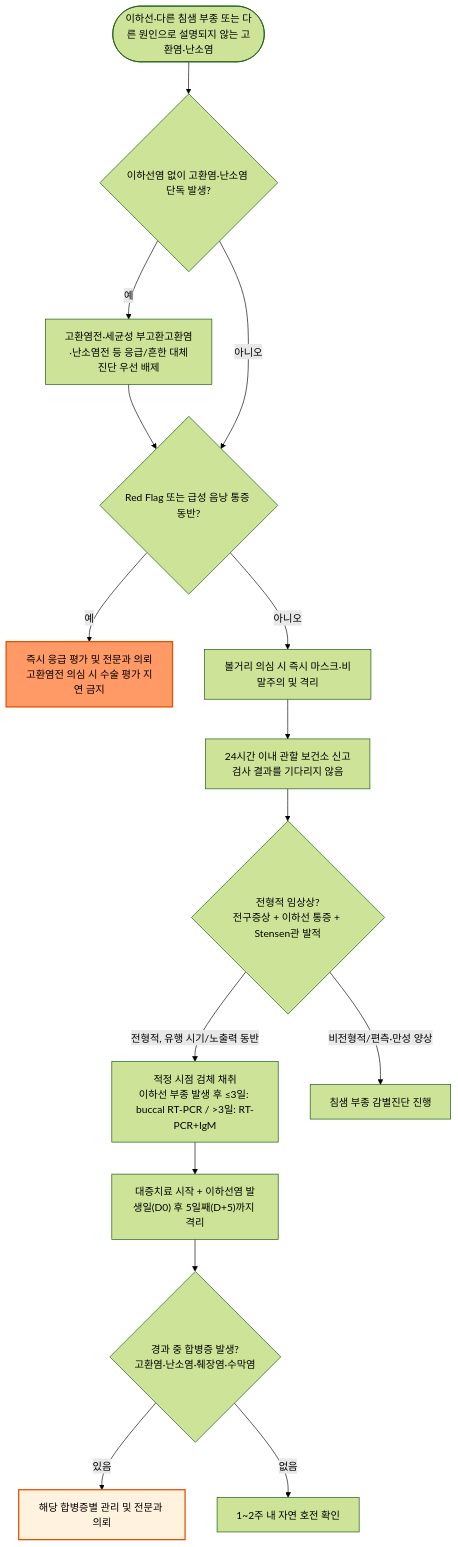
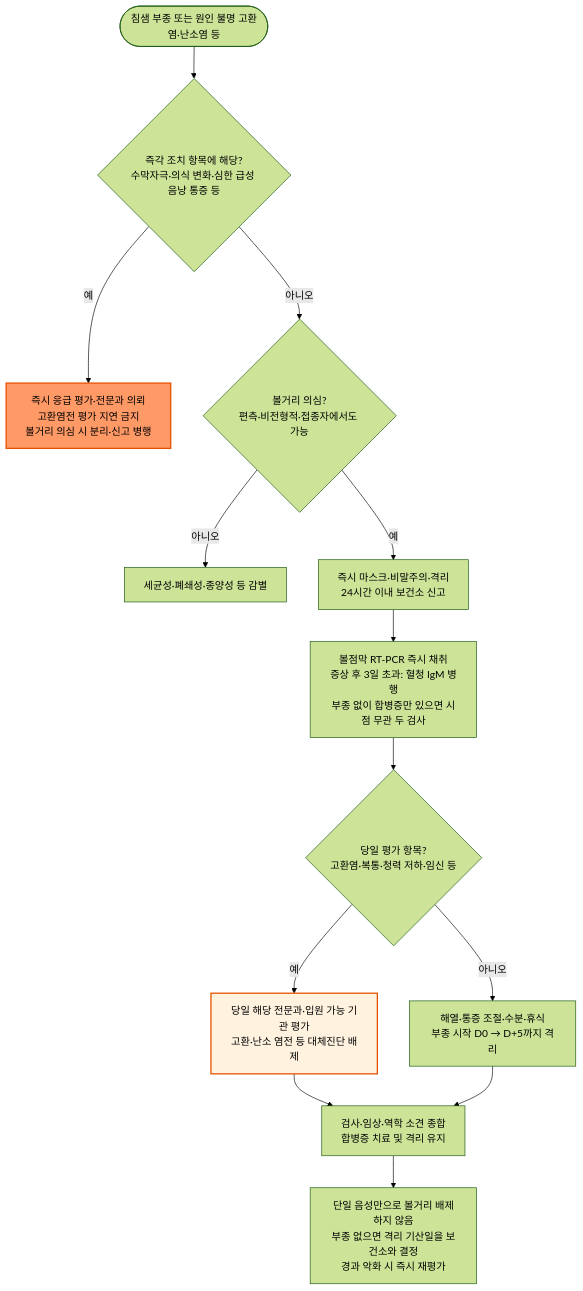
One commit to familyoh77/familyoh77 changed the diagram in 230_/197_-mumps.md. Above: the diagram before and after it, drawn with Mermaid (forest theme). The commit also changed other lines of this file and 9 other files, not shown here.

````diff
--- a/230_/197_-mumps.md
+++ b/230_/197_-mumps.md
@@ -127,19 +133,17 @@
 ```mermaid
 graph TD
-    A(["이하선·다른 침샘 부종 또는 다른 원인으로 설명되지 않는 고환염·난소염"]) --> M{"이하선염 없이 고환염·난소염 단독 발생?"}
-    M -- 예 --> N["고환염전·세균성 부고환고환염·난소염전 등 응급/흔한 대체진단 우선 배제"]
-    N --> B{"Red Flag 또는 급성 음낭 통증 동반?"}
-    M -- 아니오 --> B
-    B -- 예 --> F["즉시 응급 평가 및 전문과 의뢰<br/>고환염전 의심 시 수술 평가 지연 금지"]
-    B -- 아니오 --> C["볼거리 의심 시 즉시 마스크·비말주의 및 격리"]
-    C --> D["24시간 이내 관할 보건소 신고<br/>검사 결과를 기다리지 않음"]
-    D --> E{"전형적 임상상?<br/>전구증상 + 이하선 통증 + Stensen관 발적"}
-    E -- 전형적, 유행 시기/노출력 동반 --> G["적정 시점 검체 채취<br/>이하선 부종 발생 후 ≤3일: buccal RT-PCR / >3일: RT-PCR+IgM"]
-    E -- 비전형적/편측·만성 양상 --> H["침샘 부종 감별진단 진행"]
-    G --> I["대증치료 시작 + 이하선염 발생일(D0) 후 5일째(D+5)까지 격리"]
-    I --> J{"경과 중 합병증 발생?<br/>고환염·난소염·췌장염·수막염"}
-    J -- 있음 --> K["해당 합병증별 관리 및 전문과 의뢰"]
-    J -- 없음 --> L["1~2주 내 자연 호전 확인"]
+    A(["침샘 부종 또는 원인 불명 고환염·난소염 등"]) --> B{"즉각 조치 항목에 해당?<br/>수막자극·의식 변화·심한 급성 음낭 통증 등"}
+    B -- 예 --> F["즉시 응급 평가·전문과 의뢰<br/>고환염전 평가 지연 금지<br/>볼거리 의심 시 분리·신고 병행"]
+    B -- 아니오 --> C{"볼거리 의심?<br/>편측·비전형적·접종자에서도 가능"}
+    C -- 아니오 --> H["세균성·폐쇄성·종양성 등 감별"]
+    C -- 예 --> D["즉시 마스크·비말주의·격리<br/>24시간 이내 보건소 신고"]
+    D --> E["볼점막 RT-PCR 즉시 채취<br/>증상 후 3일 초과: 혈청 IgM 병행<br/>부종 없이 합병증만 있으면 시점 무관 두 검사"]
+    E --> Q{"당일 평가 항목?<br/>고환염·복통·청력 저하·임신 등"}
+    Q -- 예 --> K["당일 해당 전문과·입원 가능 기관 평가<br/>고환·난소 염전 등 대체진단 배제"]
+    Q -- 아니오 --> I["해열·통증 조절·수분·휴식<br/>부종 시작 D0 → D+5까지 격리"]
+    K --> L["검사·임상·역학 소견 종합<br/>합병증 치료 및 격리 유지"]
+    I --> L
+    L --> R["단일 음성만으로 볼거리 배제하지 않음<br/>부종 없으면 격리 기산일을 보건소와 결정<br/>경과 악화 시 즉시 재평가"]
     style F fill:#f96,stroke:#e65100,stroke-width:2px
     style K fill:#fff3e0,stroke:#e65100,stroke-width:2px
 ```
````
